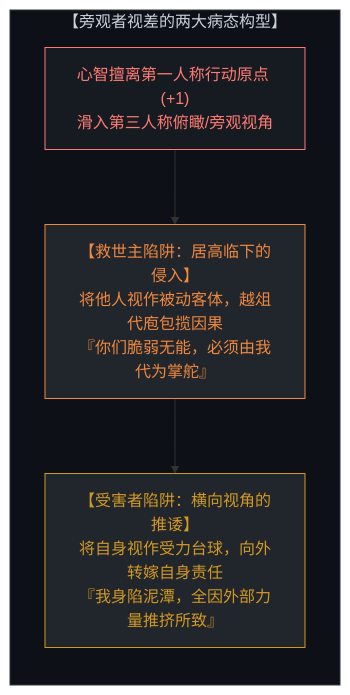
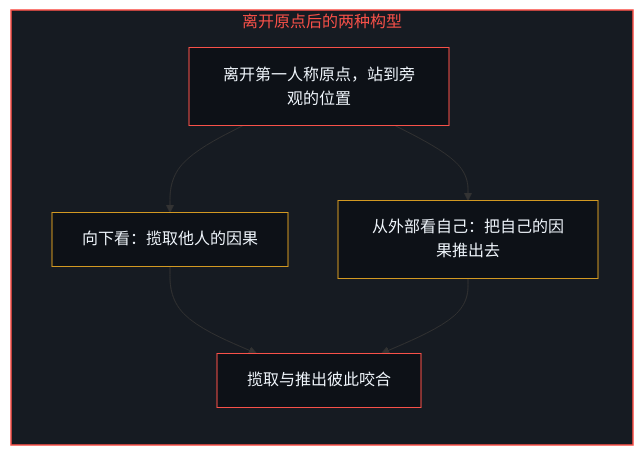
One commit to powerpig99/not-a-toe changed the fifth of 12 diagrams in content/posts/the-mirror-handshake-of-power.md. Above: the diagram before and after it, drawn with Mermaid. The commit also changed other lines of this file and 3 other files, not shown here.

Commit message:
Refine the-mirror-handshake-of-power: alternating bilingual layout, English diagram twins, first-person framing

````diff
--- a/content/posts/the-mirror-handshake-of-power.md
+++ b/content/posts/the-mirror-handshake-of-power.md
@@ -130,18 +133,20 @@
 ```mermaid
-graph TD
-    subgraph ObserverDisplacementTraps["【旁观者视差的两大病态构型】"]
+flowchart TD
+    subgraph S_Bystander["离开原点后的两种构型"]
         direction TB
-        OriginAbandon["心智擅离第一人称行动原点 (+1)<br>滑入第三人称俯瞰/旁观视角"]
-        
-        SaviorTrap["【救世主陷阱：居高临下的侵入】<br>将他人视作被动客体，越俎代庖包揽因果<br>『你们脆弱无能，必须由我代为掌舵』"]
-        
-        VictimTrap["【受害者陷阱：横向视角的推诿】<br>将自身视作受力台球，向外转嫁自身责任<br>『我身陷泥潭，全因外部力量推挤所致』"]
-        
-        OriginAbandon --> SaviorTrap
-        SaviorTrap --> VictimTrap
+        Leave["离开第一人称原点，站到旁观的位置"]
+        Take["向下看：揽取他人的因果"]
+        Push["从外部看自己：把自己的因果推出去"]
+        Lock["揽取与推出彼此咬合"]
+        Leave --> Take
+        Leave --> Push
+        Take --> Lock
+        Push --> Lock
     end
-    style ObserverDisplacementTraps fill:#0d1117,stroke:#30363d,stroke-width:1px,color:#c9d1d9
-    style OriginAbandon fill:#161b22,stroke:#ff7b72,stroke-width:1px,color:#ff7b72
-    style SaviorTrap fill:#21262d,stroke:#f0883e,color:#f0883e
-    style VictimTrap fill:#21262d,stroke:#d29922,color:#d29922
+
+    style S_Bystander fill:#161b22,stroke:#f85149,stroke-width:1.5px,color:#f85149
+    style Leave fill:#0d1117,stroke:#f85149,stroke-width:1px,color:#f0f6fc
+    style Take fill:#0d1117,stroke:#d29922,stroke-width:1px,color:#f0f6fc
+    style Push fill:#0d1117,stroke:#d29922,stroke-width:1px,color:#f0f6fc
+    style Lock fill:#0d1117,stroke:#f85149,stroke-width:1px,color:#f0f6fc
 ```
````
